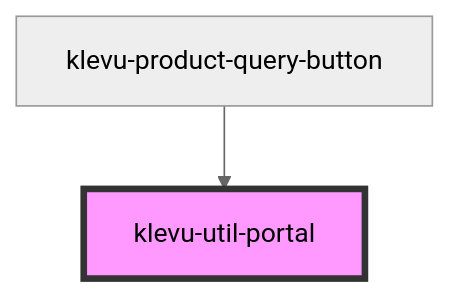
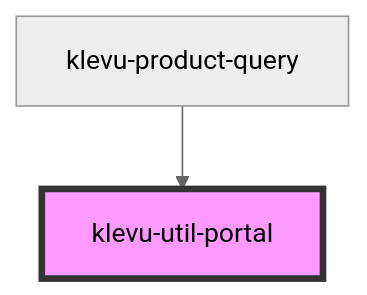
One commit to klevultd/frontend-sdk changed the diagram in packages/klevu-ui/src/components/klevu-util-portal/readme.md. Above: the diagram before and after it, drawn with Mermaid (neutral theme). The commit also changed other lines of this file and 22 other files, not shown here.

````diff
--- a/packages/klevu-ui/src/components/klevu-util-portal/readme.md
+++ b/packages/klevu-ui/src/components/klevu-util-portal/readme.md
@@ -22,5 +22,5 @@
 ```mermaid
 graph TD;
-  klevu-product-query-button --> klevu-util-portal
+  klevu-product-query --> klevu-util-portal
   style klevu-util-portal fill:#f9f,stroke:#333,stroke-width:4px
 ```
````
